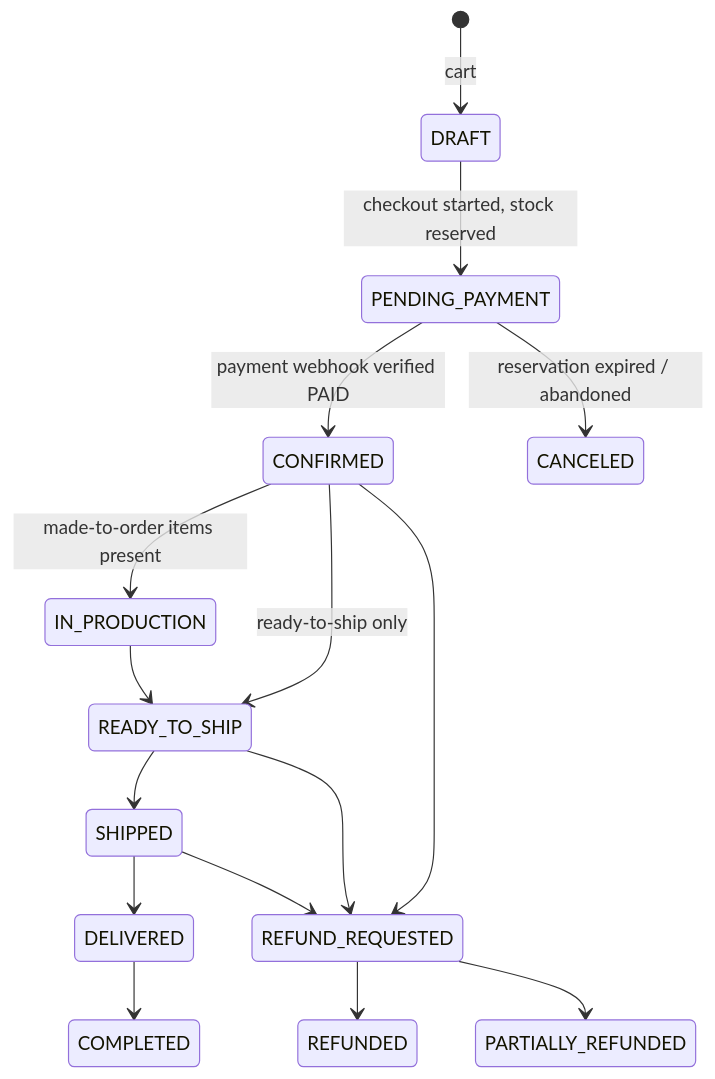
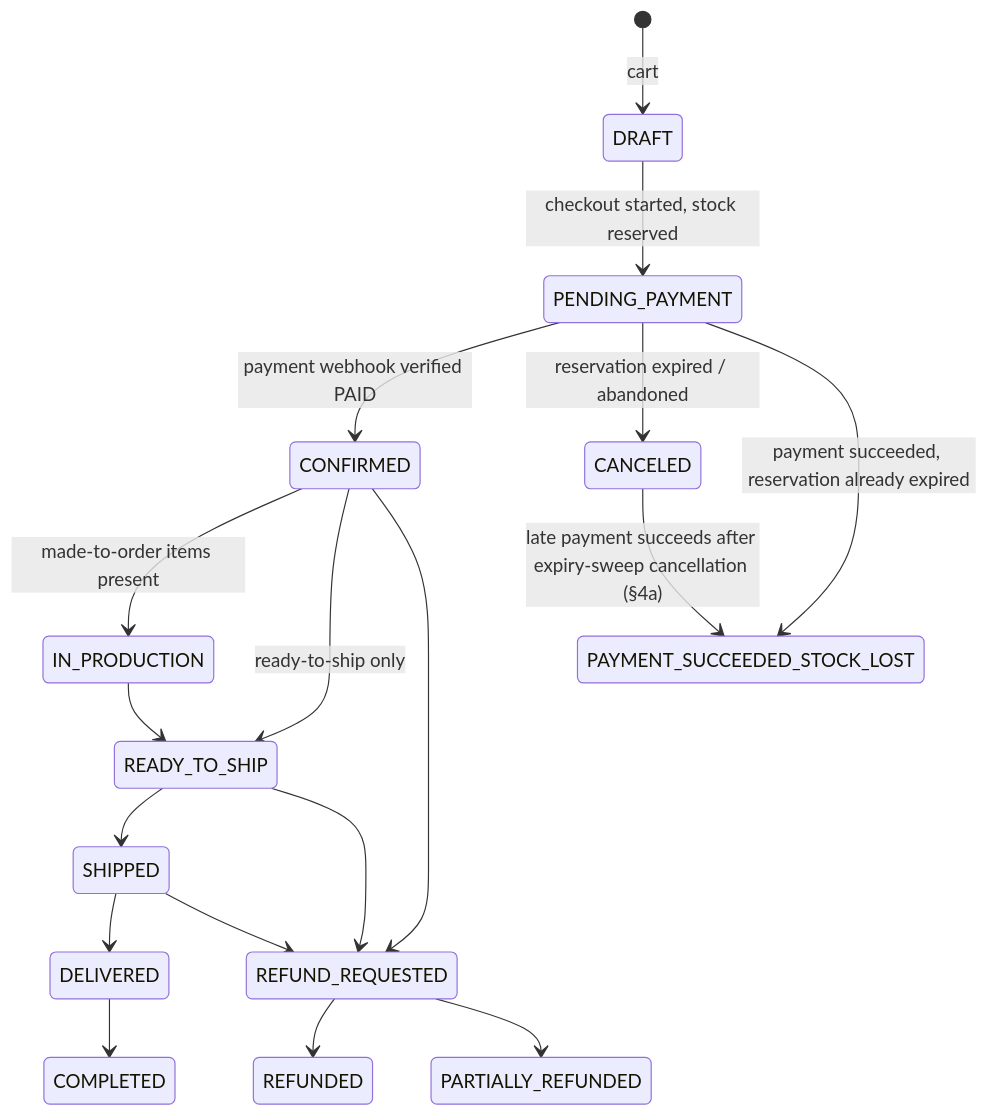
The second of 2 diagrams in docs/PAYMENTS.md (alaald-2/ame-de-fil), drawn with Mermaid before and after one commit. The commit also changed other lines of this file and 8 other files, not shown here.

````diff
--- a/docs/PAYMENTS.md
+++ b/docs/PAYMENTS.md
@@ -68,18 +68,20 @@
 ```mermaid
 stateDiagram-v2
     [*] --> DRAFT: cart
     DRAFT --> PENDING_PAYMENT: checkout started, stock reserved
     PENDING_PAYMENT --> CONFIRMED: payment webhook verified PAID
     PENDING_PAYMENT --> CANCELED: reservation expired / abandoned
+    PENDING_PAYMENT --> PAYMENT_SUCCEEDED_STOCK_LOST: payment succeeded, reservation already expired
+    CANCELED --> PAYMENT_SUCCEEDED_STOCK_LOST: late payment succeeds after expiry-sweep cancellation (§4a)
     CONFIRMED --> IN_PRODUCTION: made-to-order items present
     CONFIRMED --> READY_TO_SHIP: ready-to-ship only
     IN_PRODUCTION --> READY_TO_SHIP
     READY_TO_SHIP --> SHIPPED
     SHIPPED --> DELIVERED
     DELIVERED --> COMPLETED
     CONFIRMED --> REFUND_REQUESTED
     READY_TO_SHIP --> REFUND_REQUESTED
     SHIPPED --> REFUND_REQUESTED
     REFUND_REQUESTED --> REFUNDED
     REFUND_REQUESTED --> PARTIALLY_REFUNDED
 ```
````
